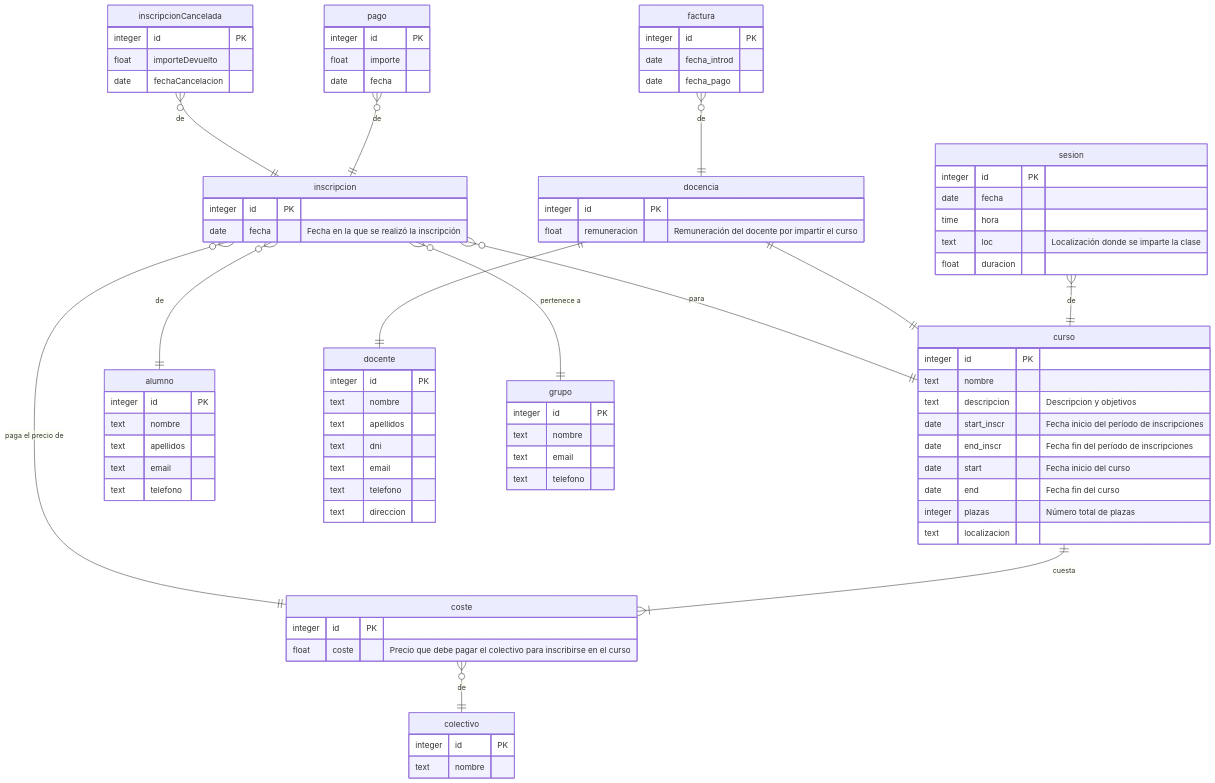
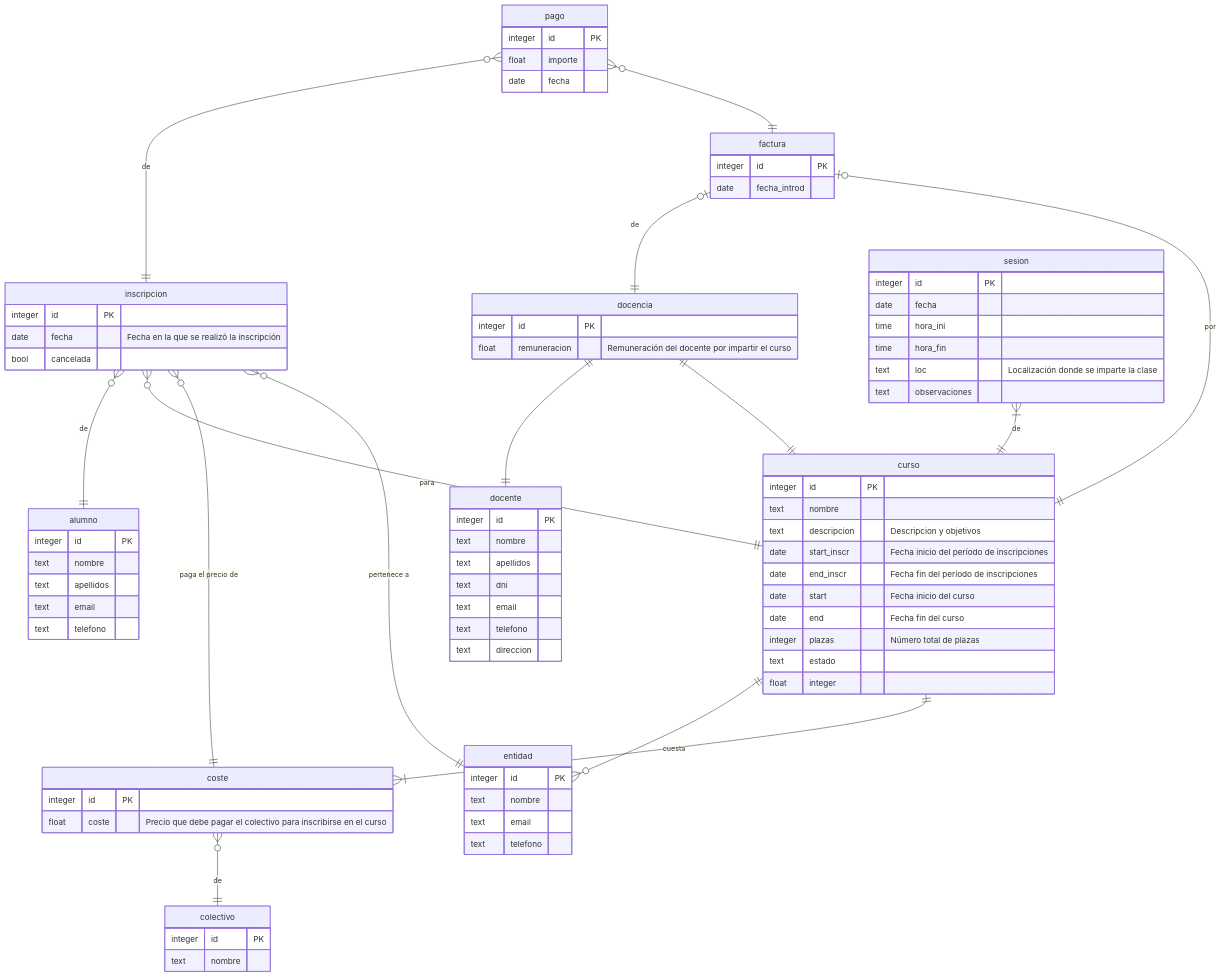
The first of 4 diagrams in docs/SI2022-PL41.md (miermontoto/SI2022-PL41), drawn with Mermaid before and after one commit. The commit also changed other lines of this file, not shown here.

````diff
--- a/docs/SI2022-PL41.md
+++ b/docs/SI2022-PL41.md
@@ -134,16 +18,13 @@
 		date start "Fecha inicio del curso"
 		date end "Fecha fin del curso"
 		integer plazas "Número total de plazas"
-		text localizacion
+		text estado
+		float integer
 	}
 	inscripcion {
 		 integer id PK
 		 date fecha "Fecha en la que se realizó la inscripción"
-	}
-	inscripcionCancelada {
-		 integer id PK
-		 float importeDevuelto
-		 date fechaCancelacion
+		 bool cancelada
 	}
 	alumno {
 		 integer id PK
@@ -168,9 +49,10 @@
 	sesion {
 		integer id PK
 		date fecha
-		time hora
+		time hora_ini
+		time hora_fin
 		text loc "Localización donde se imparte la clase"
-		float duracion
+		text observaciones
 	}
 	pago {
 		 integer id PK
@@ -180,7 +62,6 @@
 	factura {
 		 integer id PK
 		 date fecha_introd
-		 date fecha_pago
 	}
 	colectivo {
 		integer id PK
@@ -190,7 +71,7 @@
 		integer id PK
 		float coste "Precio que debe pagar el colectivo para inscribirse en el curso"
 	}
-	grupo {
+	entidad {
 		integer id PK
 		text nombre
 		text email
@@ -200,9 +81,9 @@
 	inscripcion }o--|| alumno : "de"
     	inscripcion }o--|| curso : "para"
 	inscripcion }o--|| coste : "paga el precio de"
-	inscripcion }o--|| grupo : "pertenece a"
-
-	inscripcionCancelada }o--|| inscripcion : "de"
+	inscripcion }o--|| entidad : "pertenece a"
+	
+	curso ||--o{ entidad : ""
 
 	docencia ||--|| docente : ""
 	docencia ||--|| curso : ""
@@ -211,9 +92,12 @@
 
 	pago }o--|| inscripcion : "de"
 
-	factura }o--|| docencia : "de"
+	factura |o--|| docencia : "de"
+	factura |o--|| curso : "por"
 
 	coste }o--|| colectivo : "de"
 	curso ||--|{ coste : "cuesta"
 	
+	pago }o--|| factura : ""
+	
 ```
````
